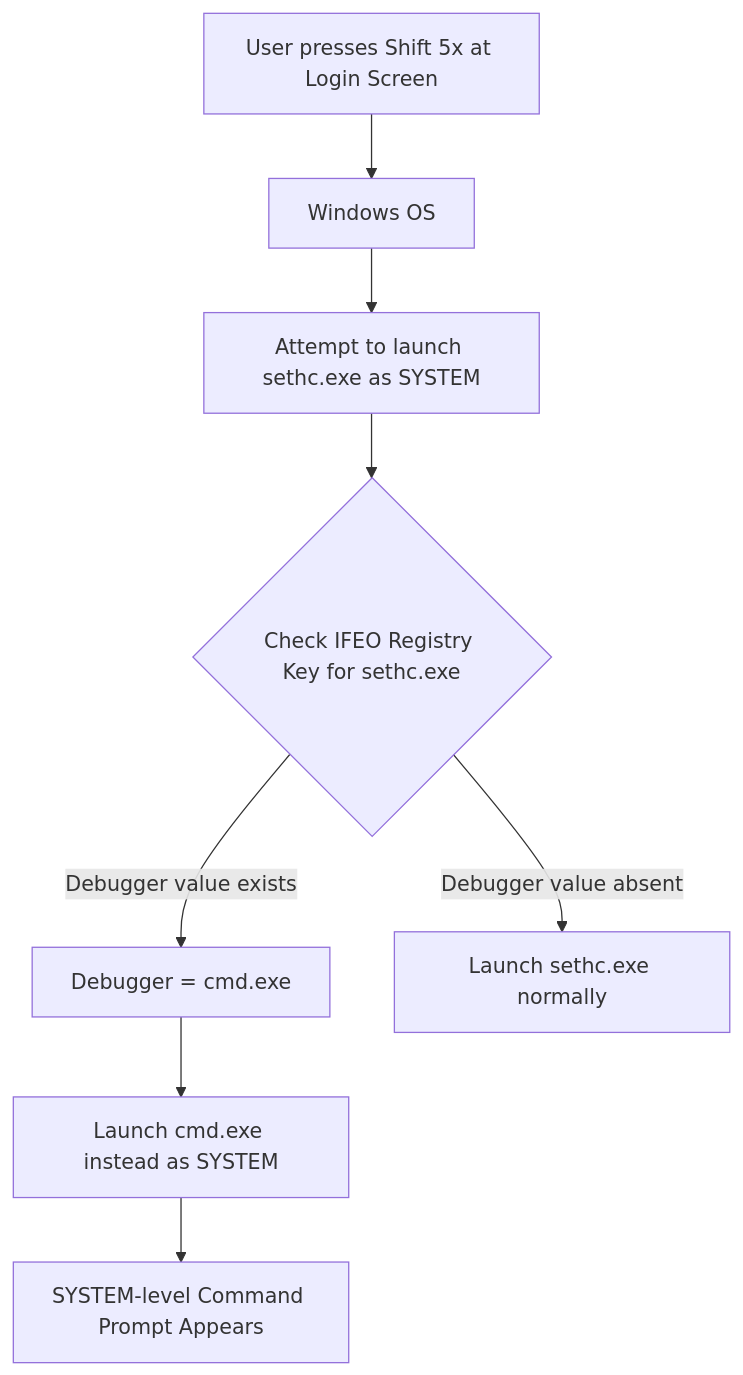
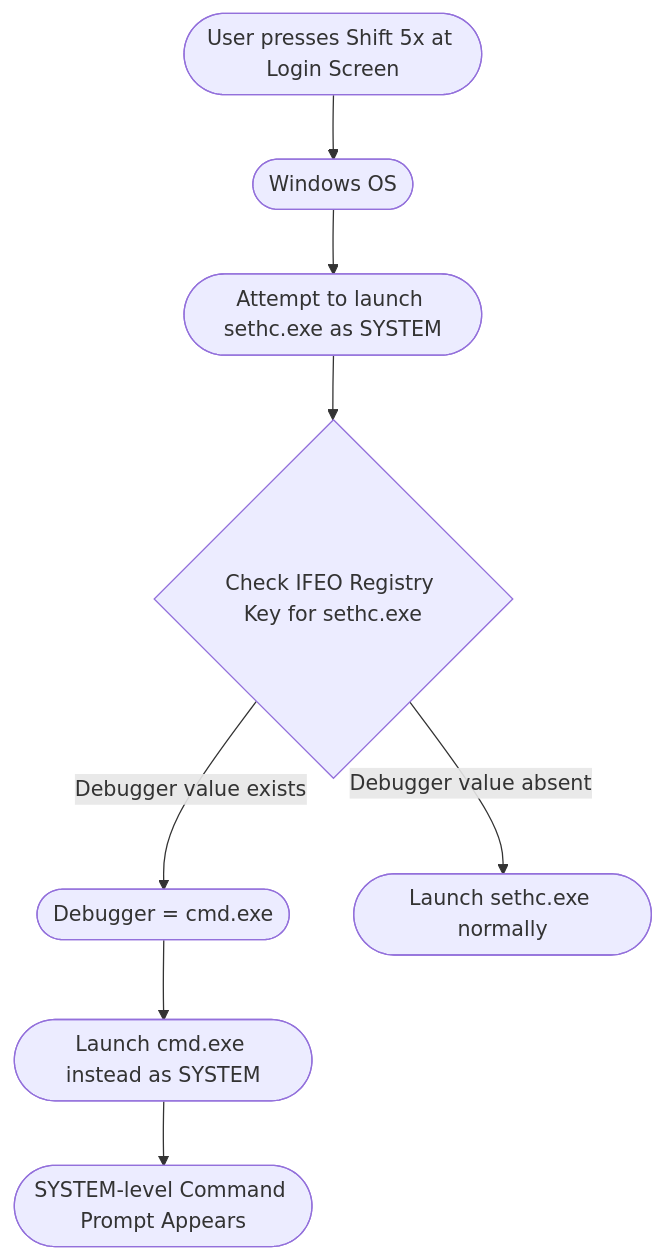
One commit to wesmar/kvc changed diagram 11 of 13 in README.md. Above: the diagram before and after it, drawn with Mermaid. The commit also changed other lines of this file, not shown here.

Commit message:
Docs: Revamp architecture, dual-driver PPL ladder, ForceIO minifilter bypass and Mermaid diagrams

````diff
--- a/README.md
+++ b/README.md
@@ -2423,10 +2714,10 @@
 ```mermaid
-graph TD
-    A[User presses Shift 5x at Login Screen] --> B[Windows OS];
-    B --> C[Attempt to launch sethc.exe as SYSTEM];
-    C --> D{Check IFEO Registry Key for sethc.exe};
-    D -->|Debugger value exists| E[Debugger = cmd.exe];
-    E --> F[Launch cmd.exe instead as SYSTEM];
-    F --> G[SYSTEM-level Command Prompt Appears];
-    D -->|Debugger value absent| H[Launch sethc.exe normally];
+flowchart TD
+    A(["User presses Shift 5x at Login Screen"]) --> B(["Windows OS"])
+    B --> C(["Attempt to launch sethc.exe as SYSTEM"])
+    C --> D{"Check IFEO Registry Key for sethc.exe"}
+    D -->|Debugger value exists| E(["Debugger = cmd.exe"])
+    E --> F(["Launch cmd.exe instead as SYSTEM"])
+    F --> G(["SYSTEM-level Command Prompt Appears"])
+    D -->|Debugger value absent| H(["Launch sethc.exe normally"])
 ```
````
